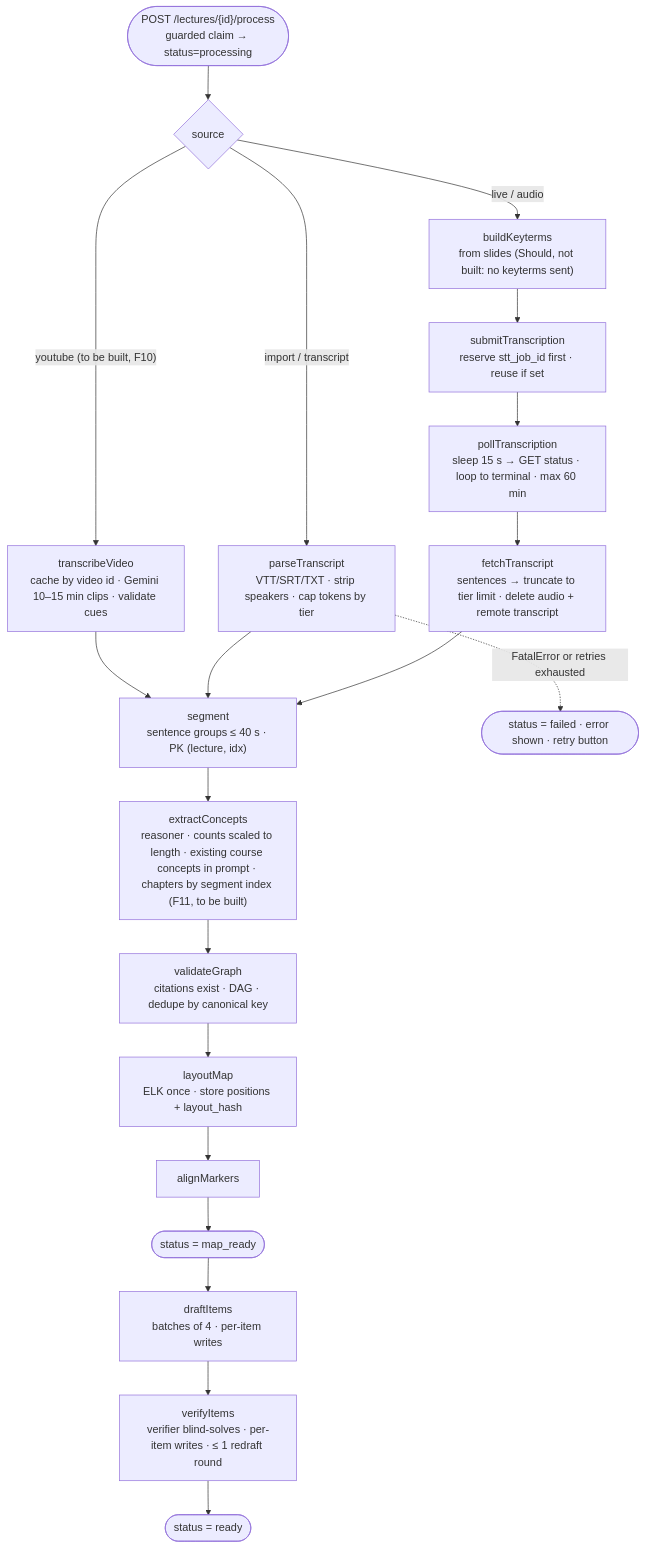
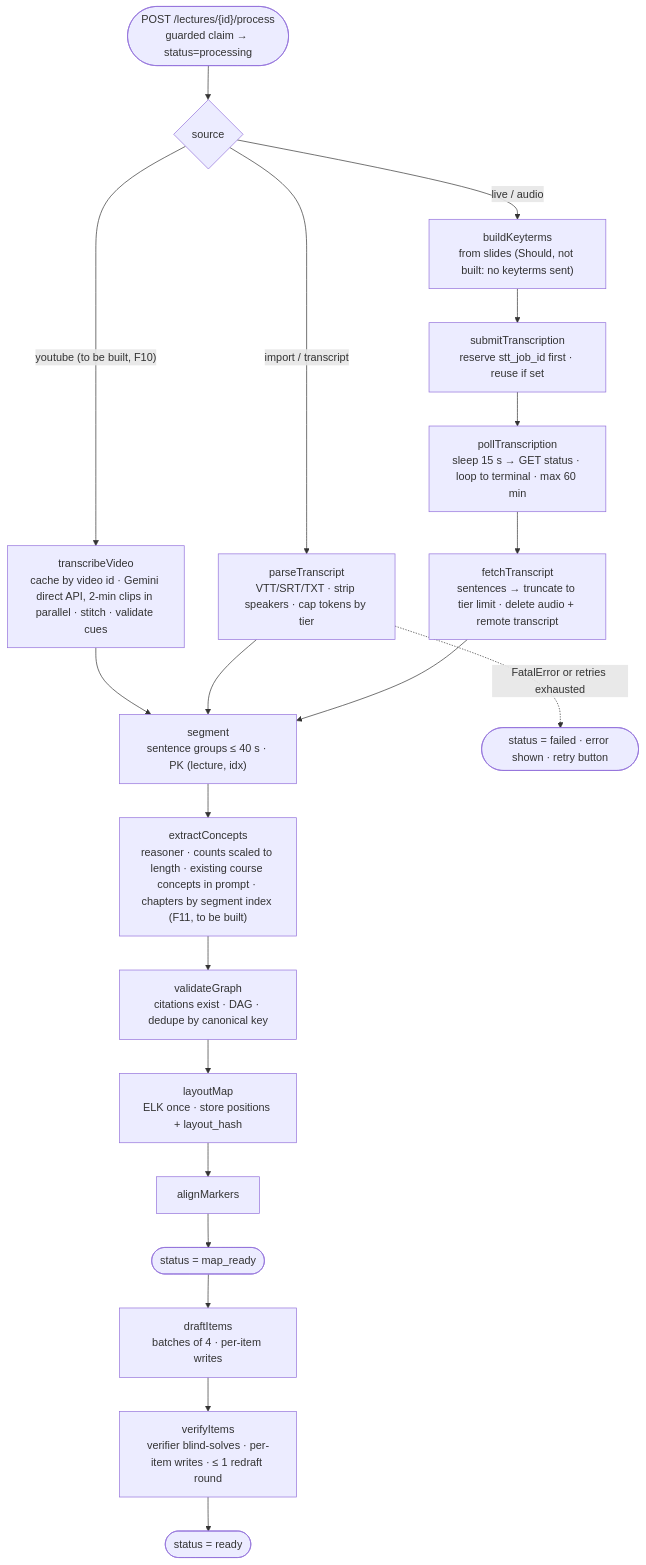
The fourth of 6 diagrams in docs/Lectheo Architecture.md (adamchok/Lectheo), drawn with Mermaid before and after one commit. The commit also changed other lines of this file and 3 other files, not shown here.

````diff
--- a/docs/Lectheo Architecture.md
+++ b/docs/Lectheo Architecture.md
@@ -201,22 +201,22 @@
 ```mermaid
 flowchart TD
     start(["POST /lectures/{id}/process<br/>guarded claim → status=processing"]) --> src{"source"}
-    src -- "youtube (to be built, F10)" --> tv["transcribeVideo<br/>cache by video id · Gemini 10–15 min clips · validate cues"]
+    src -- "youtube (to be built, F10)" --> tv["transcribeVideo<br/>cache by video id · Gemini direct API, 2-min clips in parallel · stitch · validate cues"]
     tv --> seg
     src -- "import / transcript" --> pt["parseTranscript<br/>VTT/SRT/TXT · strip speakers · cap tokens by tier"]
     src -- "live / audio" --> kt["buildKeyterms<br/>from slides (Should, not built: no keyterms sent)"]
     kt --> sub["submitTranscription<br/>reserve stt_job_id first · reuse if set"]
     sub --> poll["pollTranscription<br/>sleep 15 s → GET status · loop to terminal · max 60 min"]
     poll --> fetch["fetchTranscript<br/>sentences → truncate to tier limit · delete audio + remote transcript"]
     pt --> seg["segment<br/>sentence groups ≤ 40 s · PK (lecture, idx)"]
     fetch --> seg
     seg --> ex["extractConcepts<br/>reasoner · counts scaled to length · existing course concepts in prompt · chapters by segment index (F11, to be built)"]
     ex --> vg["validateGraph<br/>citations exist · DAG · dedupe by canonical key"]
     vg --> lay["layoutMap<br/>ELK once · store positions + layout_hash"]
     lay --> al["alignMarkers"]
     al --> mr(["status = map_ready"])
     mr --> dr["draftItems<br/>batches of 4 · per-item writes"]
     dr --> vf["verifyItems<br/>verifier blind-solves · per-item writes · ≤ 1 redraft round"]
     vf --> done(["status = ready"])
     pt -. "FatalError or retries exhausted" .-> fail(["status = failed · error shown · retry button"])
 ```
````
